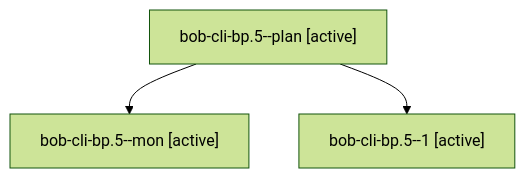
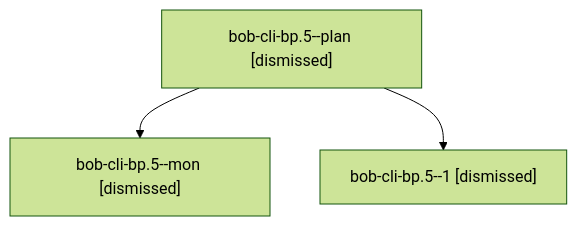
One commit to bobs-org/bob-cli--agents changed the diagram in sessions/bbugyi200.apollo.bob-cli-bp.5.md. Above: the diagram before and after it, drawn with Mermaid (forest theme). The commit also changed other lines of this file and 214 other files, not shown here.

````diff
--- a/sessions/bbugyi200.apollo.bob-cli-bp.5.md
+++ b/sessions/bbugyi200.apollo.bob-cli-bp.5.md
@@ -9,8 +9,8 @@
 ```mermaid
 flowchart TD
-  n0["bob-cli-bp.5--plan [active]"]
-  n1["bob-cli-bp.5--mon [active]"]
+  n0["bob-cli-bp.5--plan [dismissed]"]
+  n1["bob-cli-bp.5--mon [dismissed]"]
   n0 --> n1
-  n2["bob-cli-bp.5--1 [active]"]
+  n2["bob-cli-bp.5--1 [dismissed]"]
   n0 --> n2
 ```
````
